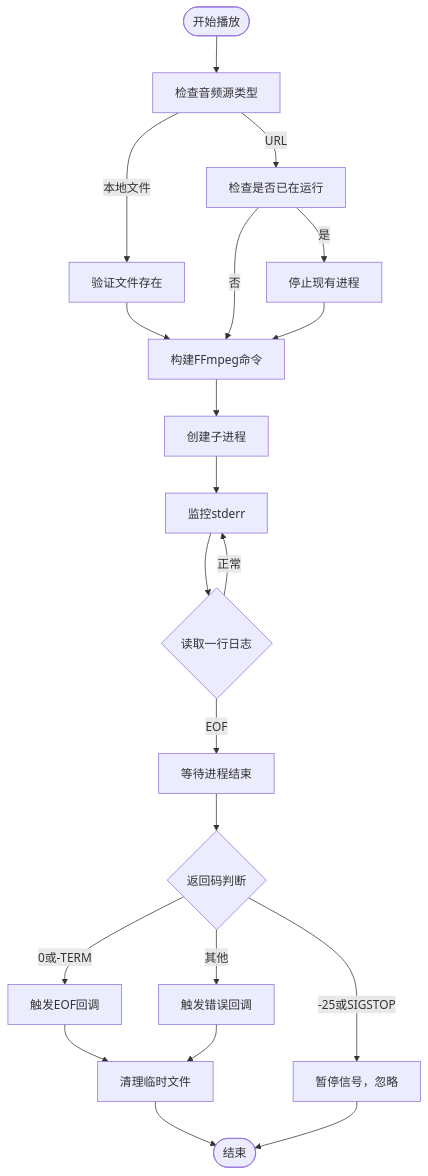
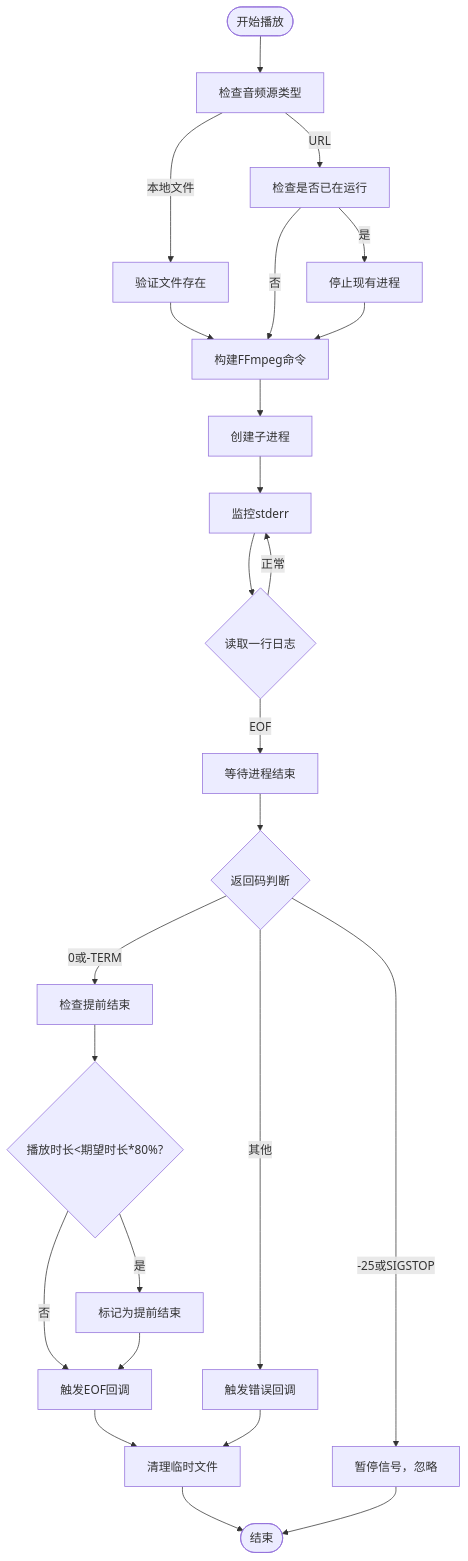
One commit to GhoulOwl/Teamspeak3_Bot changed the fourth of 10 diagrams in .qoder/repowiki/zh/content/音乐播放系统/音乐播放系统.md. Above: the diagram before and after it, drawn with Mermaid. The commit also changed other lines of this file and 8 other files, not shown here.

````diff
--- a/.qoder/repowiki/zh/content/音乐播放系统/音乐播放系统.md
+++ b/.qoder/repowiki/zh/content/音乐播放系统/音乐播放系统.md
@@ -244,23 +247,27 @@
 ```mermaid
 flowchart TD
 Start(["开始播放"]) --> CheckSource["检查音频源类型"]
 CheckSource --> |URL| CheckRunning["检查是否已在运行"]
 CheckSource --> |本地文件| CheckFile["验证文件存在"]
 CheckFile --> BuildCmd["构建FFmpeg命令"]
 CheckRunning --> |是| StopProc["停止现有进程"]
 CheckRunning --> |否| BuildCmd
 StopProc --> BuildCmd
 BuildCmd --> Spawn["创建子进程"]
 Spawn --> Monitor["监控stderr"]
 Monitor --> Line{"读取一行日志"}
 Line --> |正常| Monitor
 Line --> |EOF| ExitCode["等待进程结束"]
 ExitCode --> RC{"返回码判断"}
-RC --> |0或-TERM| EOF["触发EOF回调"]
+RC --> |0或-TERM| CheckPremature["检查提前结束"]
 RC --> |-25或SIGSTOP| Pause["暂停信号，忽略"]
 RC --> |其他| Error["触发错误回调"]
+CheckPremature --> Premature{"播放时长<期望时长*80%?"}
+Premature --> |是| EarlyExit["标记为提前结束"]
+Premature --> |否| EOF["触发EOF回调"]
+EarlyExit --> EOF
 EOF --> Cleanup["清理临时文件"]
 Cleanup --> End(["结束"])
 Error --> Cleanup
 Pause --> End
 ```
````
